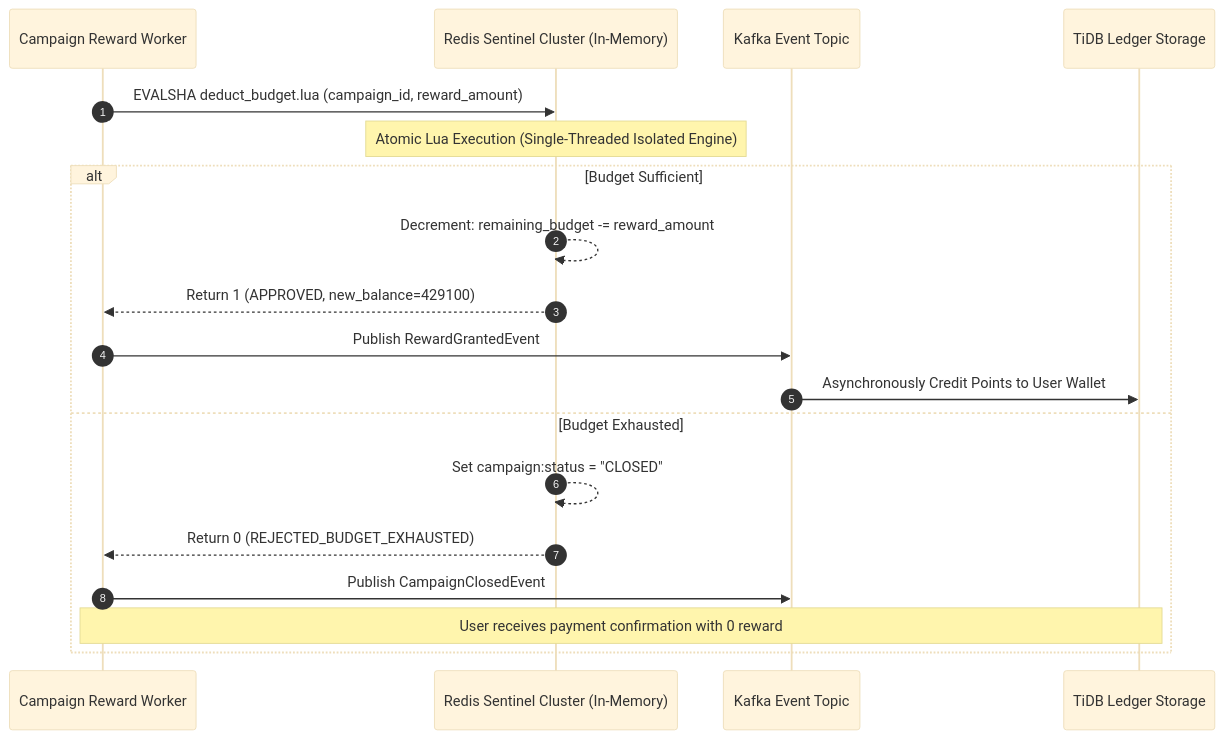
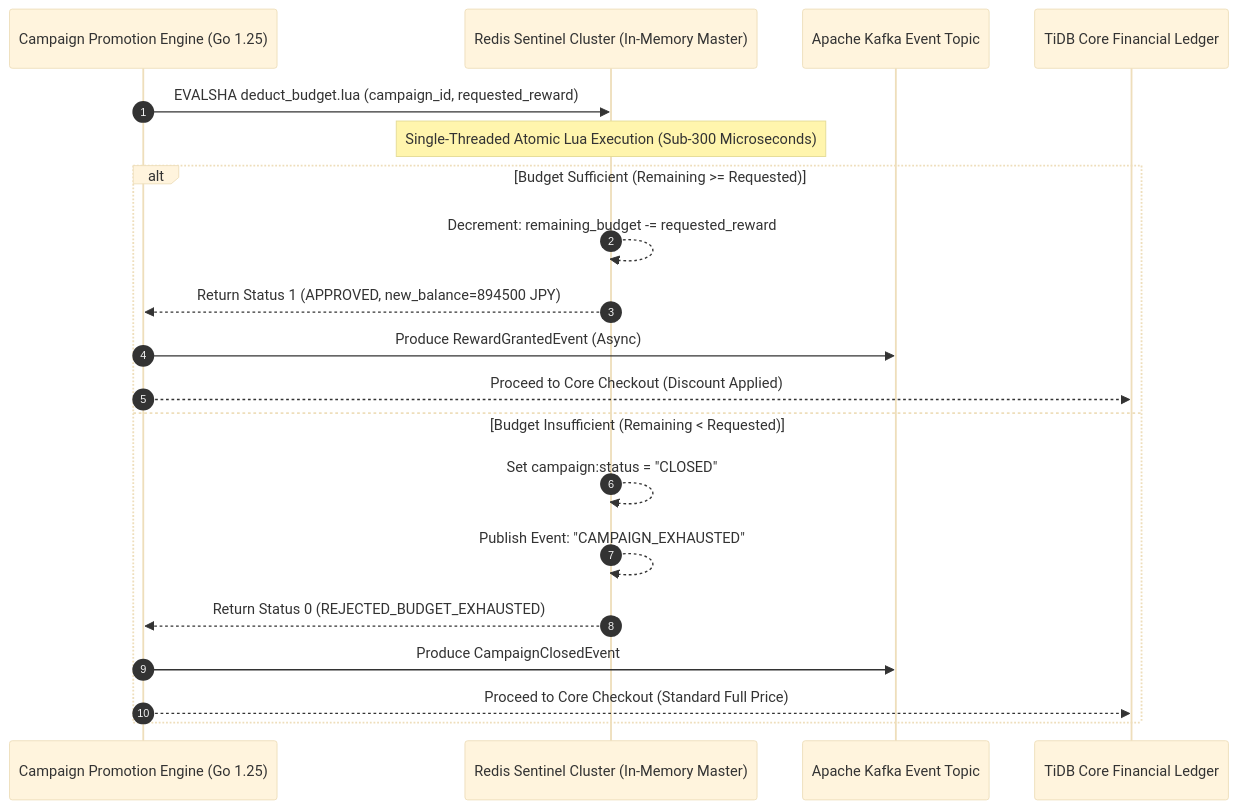
One commit to vesviet/vesviet changed the second of 3 diagrams in content/series/paypay-architecture/part-5-campaign-architecture.md. Above: the diagram before and after it, drawn with Mermaid (base theme). The commit also changed other lines of this file and 36 other files, not shown here.

Commit message:
feat(sprint-2): upgrade paypay and shopee architecture series to 2027 SOTA masterclass

````diff
--- a/content/series/paypay-architecture/part-5-campaign-architecture.md
+++ b/content/series/paypay-architecture/part-5-campaign-architecture.md
@@ -94,23 +113,24 @@
 ```mermaid
 sequenceDiagram
     autonumber
-    participant App as Campaign Reward Worker
-    participant Redis as Redis Sentinel Cluster (In-Memory)
-    participant Kafka as Kafka Event Topic
-    participant DB as TiDB Ledger Storage
+    participant App as Campaign Promotion Engine (Go 1.25)
+    participant Redis as Redis Sentinel Cluster (In-Memory Master)
+    participant Kafka as Apache Kafka Event Topic
+    participant Ledger as TiDB Core Financial Ledger
 
-    App->>Redis: EVALSHA deduct_budget.lua (campaign_id, reward_amount)
-    Note over Redis: Atomic Lua Execution (Single-Threaded Isolated Engine)
+    App->>Redis: EVALSHA deduct_budget.lua (campaign_id, requested_reward)
+    Note over Redis: Single-Threaded Atomic Lua Execution (Sub-300 Microseconds)
 
-    alt Budget Sufficient
-        Redis-->>Redis: Decrement: remaining_budget -= reward_amount
-        Redis-->>App: Return 1 (APPROVED, new_balance=429100)
-        App->>Kafka: Publish RewardGrantedEvent
-        Kafka->>DB: Asynchronously Credit Points to User Wallet
-    else Budget Exhausted
+    alt Budget Sufficient (Remaining >= Requested)
+        Redis-->>Redis: Decrement: remaining_budget -= requested_reward
+        Redis-->>App: Return Status 1 (APPROVED, new_balance=894500 JPY)
+        App->>Kafka: Produce RewardGrantedEvent (Async)
+        App-->>Ledger: Proceed to Core Checkout (Discount Applied)
+    else Budget Insufficient (Remaining < Requested)
         Redis-->>Redis: Set campaign:status = "CLOSED"
-        Redis-->>App: Return 0 (REJECTED_BUDGET_EXHAUSTED)
-        App->>Kafka: Publish CampaignClosedEvent
-        Note over App, DB: User receives payment confirmation with 0 reward
+        Redis-->>Redis: Publish Event: "CAMPAIGN_EXHAUSTED"
+        Redis-->>App: Return Status 0 (REJECTED_BUDGET_EXHAUSTED)
+        App->>Kafka: Produce CampaignClosedEvent
+        App-->>Ledger: Proceed to Core Checkout (Standard Full Price)
     end
 ```
````
